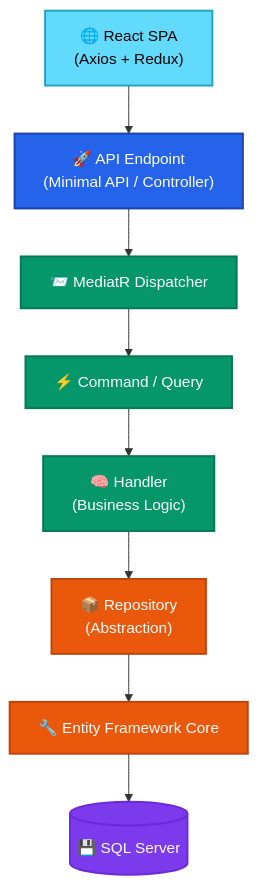
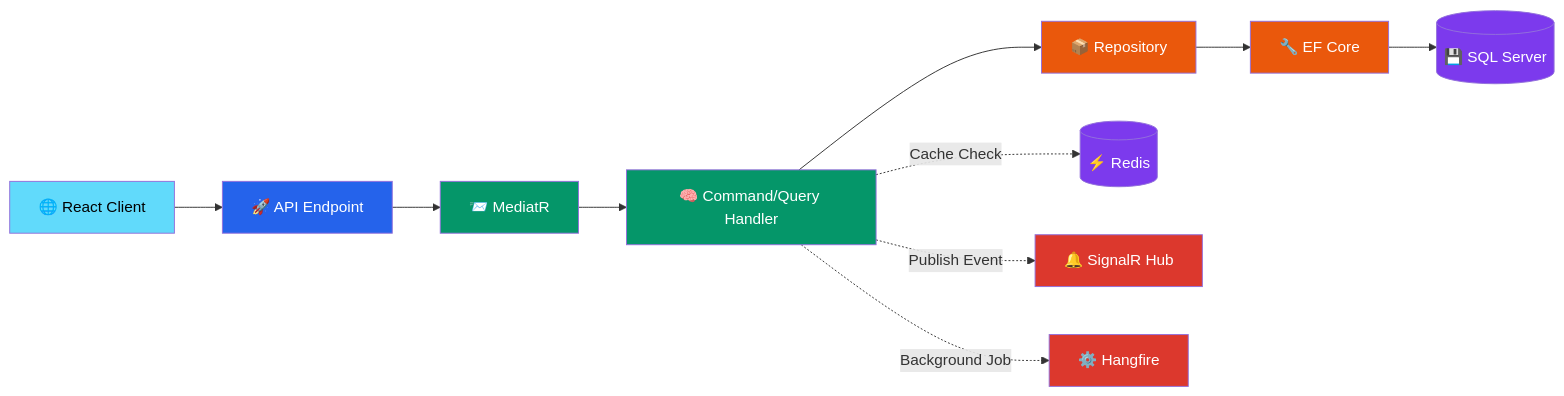
One commit to chintanchhapgar/ShopSphere changed the second of 2 diagrams in README.md. Above: the diagram before and after it, drawn with Mermaid. The commit also changed other lines of this file and 19 other files, not shown here.

````diff
--- a/README.md
+++ b/README.md
@@ -244,31 +236,24 @@
 ```mermaid
-flowchart TD
-    A["🌐 React SPA\n(Axios + Redux)"]
-    B["🚀 API Endpoint\n(Minimal API / Controller)"]
-    C["📨 MediatR Dispatcher"]
-    D["⚡ Command / Query"]
-    E["🧠 Handler\n(Business Logic)"]
-    F["📦 Repository\n(Abstraction)"]
-    G["🔧 Entity Framework Core"]
-    H[("💾 SQL Server")]
+flowchart LR
+    A["🌐 React Client"] --> B["🚀 API Endpoint"]
+    B --> C["📨 MediatR"]
+    C --> D["🧠 Command/Query Handler"]
+    D --> E["📦 Repository"]
+    E --> F["🔧 EF Core"]
+    F --> G[("💾 SQL Server")]
 
-    A --> B
-    B --> C
-    C --> D
-    D --> E
-    E --> F
-    F --> G
-    G --> H
+    D -.->|Cache Check| H[("⚡ Redis")]
+    D -.->|Publish Event| I["🔔 SignalR Hub"]
+    D -.->|Background Job| J["⚙️ Hangfire"]
 
-    classDef frontend fill:#61DAFB,color:#000000,stroke:#21A1C4,stroke-width:2px
-    classDef api fill:#2563EB,color:#ffffff,stroke:#1E40AF,stroke-width:2px
-    classDef app fill:#059669,color:#ffffff,stroke:#047857,stroke-width:2px
-    classDef infra fill:#EA580C,color:#ffffff,stroke:#C2410C,stroke-width:2px
-    classDef db fill:#7C3AED,color:#ffffff,stroke:#6D28D9,stroke-width:2px
-
-    class A frontend
-    class B api
-    class C,D,E app
-    class F,G infra
-    class H db
+    style A fill:#61DAFB,color:#000
+    style B fill:#2563EB,color:#fff
+    style C fill:#059669,color:#fff
+    style D fill:#059669,color:#fff
+    style E fill:#EA580C,color:#fff
+    style F fill:#EA580C,color:#fff
+    style G fill:#7C3AED,color:#fff
+    style H fill:#7C3AED,color:#fff
+    style I fill:#DC382D,color:#fff
+    style J fill:#DC382D,color:#fff
 ```
````
